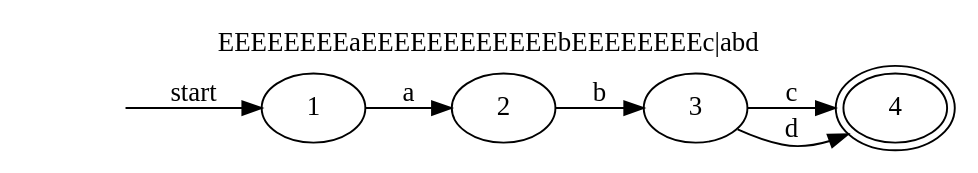
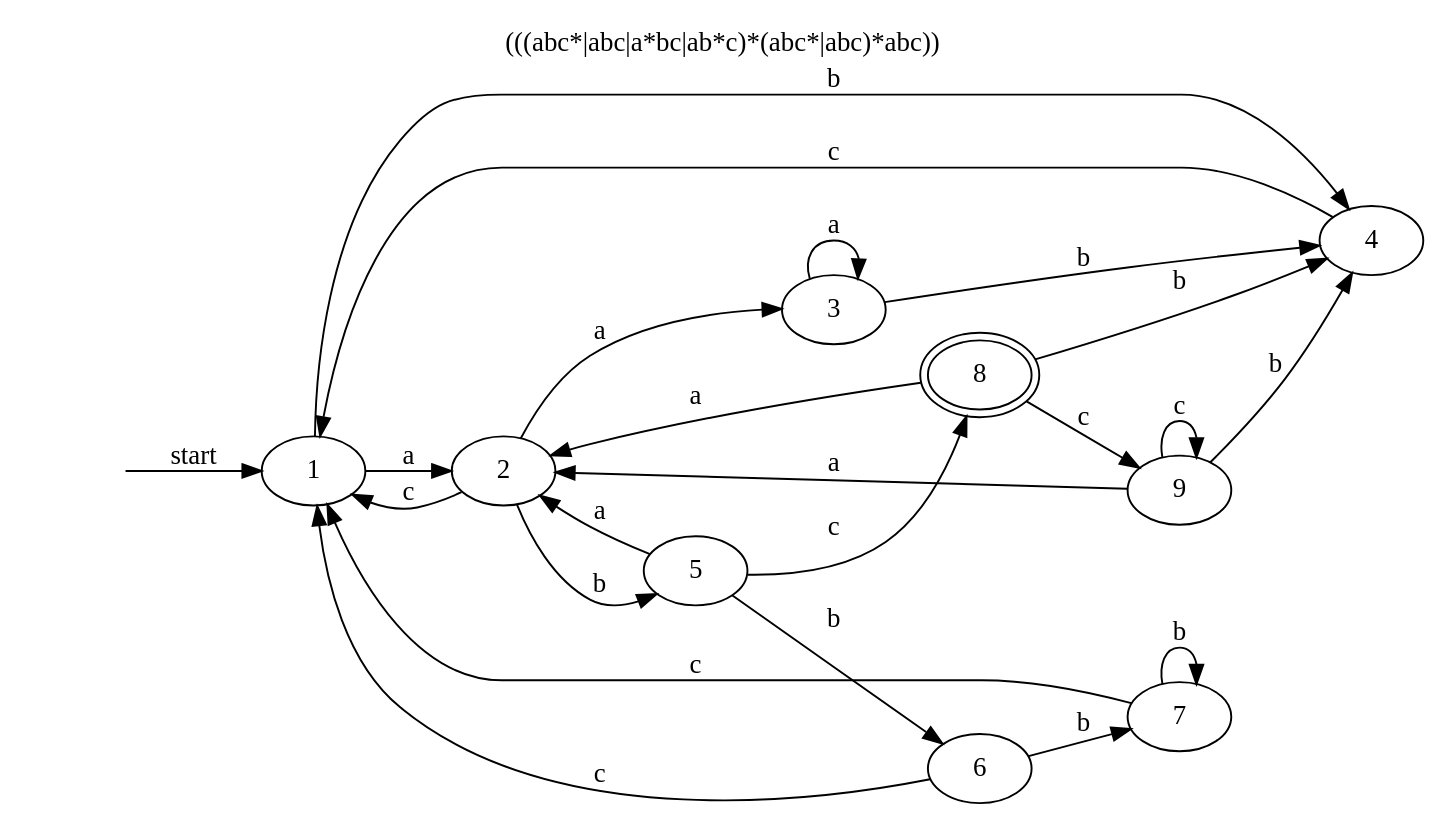
Before and after one commit to jorge-luis-ibanez-canales-2019630541/Compiladores2021B: the diagram in Algorithms/Lexical Analysis/RE_to_DFA_Syntax_Tree/ejemplo.gv, drawn with Graphviz. The commit also changed 20 other files, not shown here.

```diff
--- a/Algorithms/Lexical Analysis/RE_to_DFA_Syntax_Tree/ejemplo.gv
+++ b/Algorithms/Lexical Analysis/RE_to_DFA_Syntax_Tree/ejemplo.gv
@@ -1,12 +1,29 @@
 digraph G {
 	rankdir=LR;
 	1 -> 2 [label="a"]
-	2 -> 3 [label="b"]
-	3 -> 4 [label="c"]
-	3 -> 4 [label="d"]
-	4 [peripheries=2]
+	1 -> 4 [label="b"]
+	2 -> 1 [label="c"]
+	2 -> 3 [label="a"]
+	2 -> 5 [label="b"]
+	3 -> 3 [label="a"]
+	3 -> 4 [label="b"]
+	4 -> 1 [label="c"]
+	5 -> 2 [label="a"]
+	5 -> 6 [label="b"]
+	5 -> 8 [label="c"]
+	6 -> 1 [label="c"]
+	6 -> 7 [label="b"]
+	7 -> 1 [label="c"]
+	7 -> 7 [label="b"]
+	8 -> 2 [label="a"]
+	8 -> 4 [label="b"]
+	8 -> 9 [label="c"]
+	9 -> 2 [label="a"]
+	9 -> 4 [label="b"]
+	9 -> 9 [label="c"]
+	8 [peripheries=2]
 	" " [shape=plaintext]
 	" " -> 1 [label="start"]
 	labelloc="t";
-	label="EEEEEEEEaEEEEEEEEEEEEbEEEEEEEEc|abd";
+	label="(((abc*|abc|a*bc|ab*c)*(abc*|abc)*abc))";
 }
```
